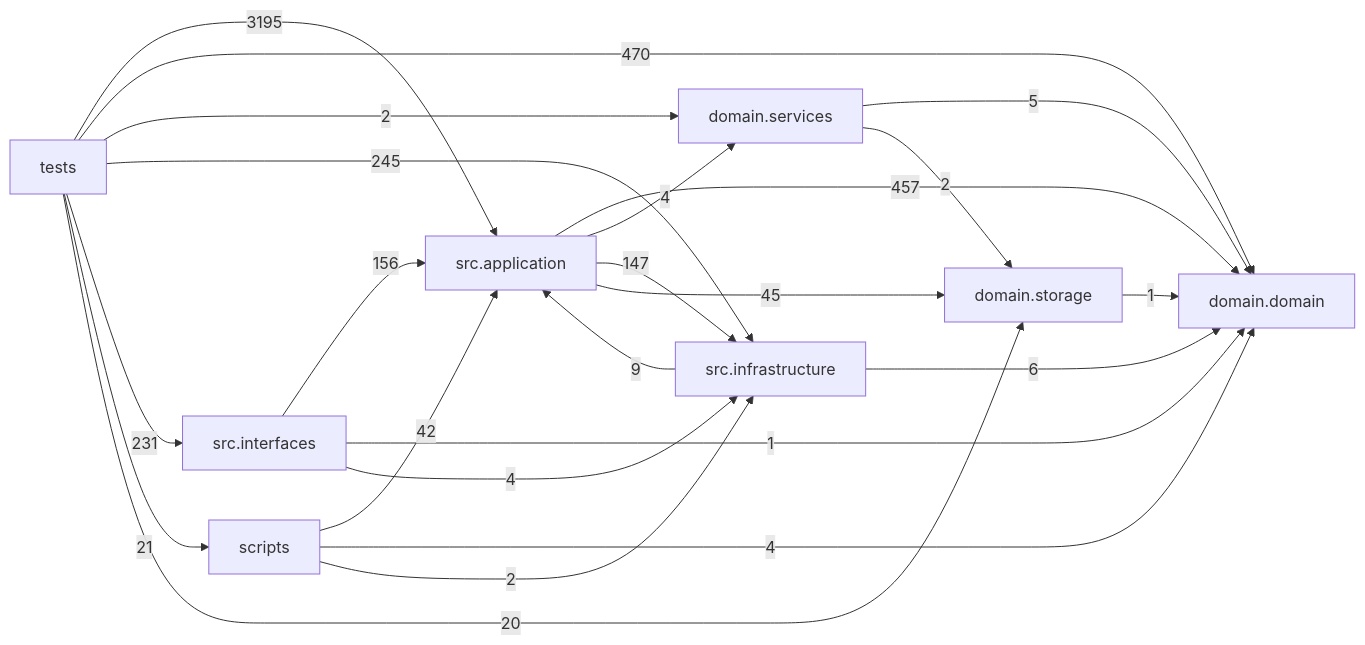
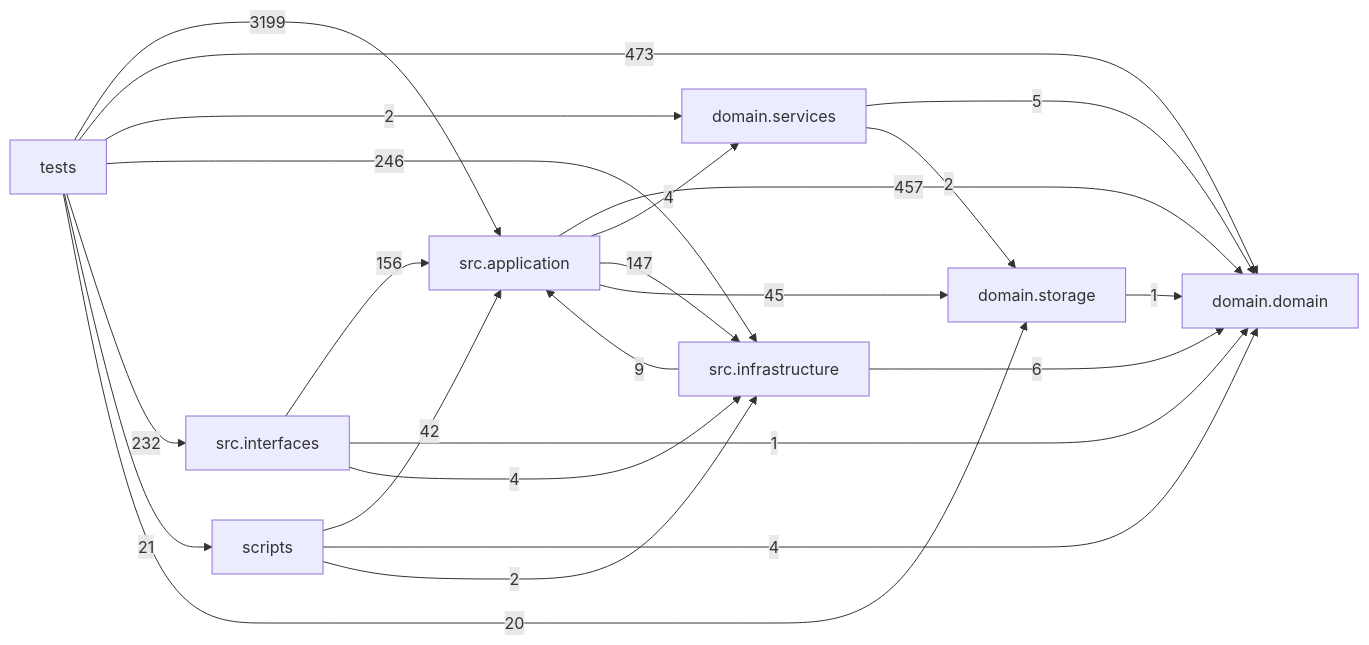
The diagram in docs/DEPENDENCY_GRAPH.md (liuxie066/options-monitor), drawn with Mermaid before and after one commit. The commit also changed other lines of this file and 1 other file, not shown here.

Commit message:
docs(architecture): refresh ledger repair dependency graph

````diff
--- a/docs/DEPENDENCY_GRAPH.md
+++ b/docs/DEPENDENCY_GRAPH.md
@@ -24,33 +24,33 @@
 ```mermaid
 flowchart LR
   tests["tests"]
   scripts["scripts"]
   interfaces["src.interfaces"]
   application["src.application"]
   infrastructure["src.infrastructure"]
   domain_services["domain.services"]
   domain["domain.domain"]
   storage["domain.storage"]
   application -->|457| domain
   application -->|4| domain_services
   application -->|147| infrastructure
   application -->|45| storage
   domain_services -->|5| domain
   domain_services -->|2| storage
   infrastructure -->|9| application
   infrastructure -->|6| domain
   interfaces -->|156| application
   interfaces -->|1| domain
   interfaces -->|4| infrastructure
   scripts -->|42| application
   scripts -->|4| domain
   scripts -->|2| infrastructure
   storage -->|1| domain
-  tests -->|3195| application
-  tests -->|470| domain
+  tests -->|3199| application
+  tests -->|473| domain
   tests -->|2| domain_services
-  tests -->|245| infrastructure
-  tests -->|231| interfaces
+  tests -->|246| infrastructure
+  tests -->|232| interfaces
   tests -->|21| scripts
   tests -->|20| storage
 ```
````
